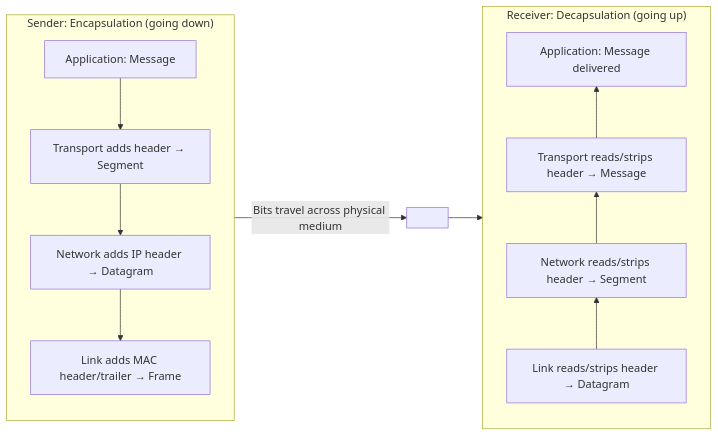
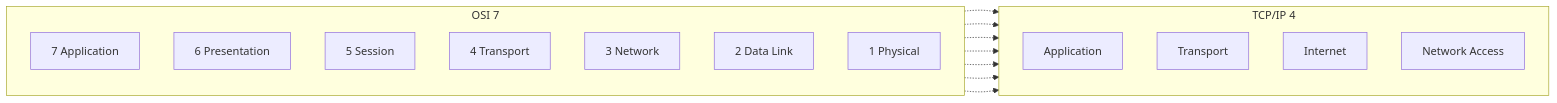
The fifth of 8 diagrams in content/PCCST501/m1_02_protocol_layering_and_osi_tcpip.md (neerajaj96/Tarangam-app-v2), drawn with Mermaid before and after one commit. The commit also changed other lines of this file and 3 other files, not shown here.

````diff
--- a/content/PCCST501/m1_02_protocol_layering_and_osi_tcpip.md
+++ b/content/PCCST501/m1_02_protocol_layering_and_osi_tcpip.md
@@ -119,17 +253,29 @@
 ```mermaid
 flowchart LR
-    subgraph Sender["Sender: Encapsulation (going down)"]
+    accTitle: Mapping between OSI layers and TCP IP layers
+    accDescr: OSI application presentation and session map to TCP IP application; transport to transport; network to internet; data link and physical to network access.
+    subgraph OSI["OSI 7"]
         direction TB
-        M["Application: Message"] --> S["Transport adds header → Segment"]
-        S --> D["Network adds IP header → Datagram"]
-        D --> F["Link adds MAC header/trailer → Frame"]
+        O7["7 Application"]
+        O6["6 Presentation"]
+        O5["5 Session"]
+        O4["4 Transport"]
+        O3["3 Network"]
+        O2["2 Data Link"]
+        O1["1 Physical"]
     end
-    F -->|"Bits travel across physical medium"| G[" "]
-    subgraph Receiver["Receiver: Decapsulation (going up)"]
-        direction BT
-        F2["Link reads/strips header → Datagram"] --> D2["Network reads/strips header → Segment"]
-        D2 --> S2["Transport reads/strips header → Message"]
-        S2 --> M2["Application: Message delivered"]
+    subgraph TCP["TCP/IP 4"]
+        direction TB
+        T4["Application"]
+        T3["Transport"]
+        T2["Internet"]
+        T1["Network Access"]
     end
-    G --> F2
+    O7 -.-> T4
+    O6 -.-> T4
+    O5 -.-> T4
+    O4 -.-> T3
+    O3 -.-> T2
+    O2 -.-> T1
+    O1 -.-> T1
 ```
````
